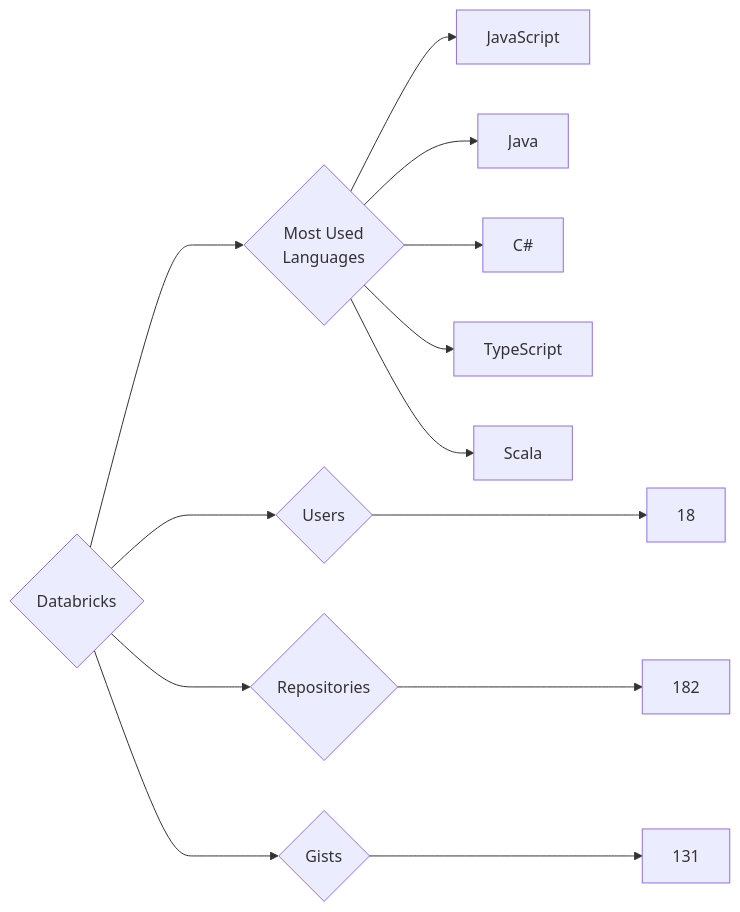
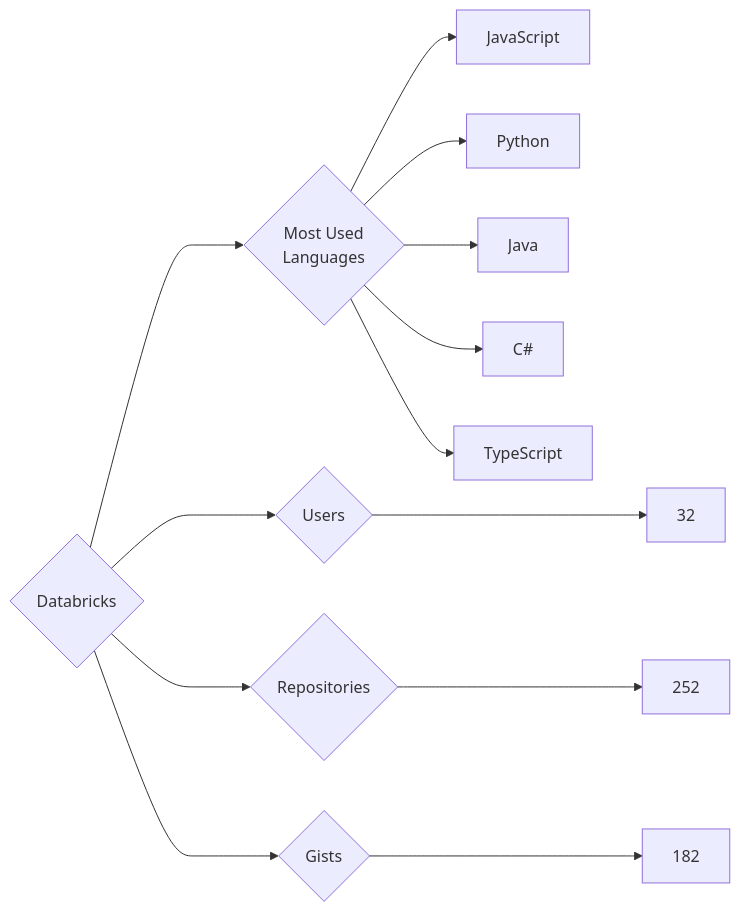
Before and after one commit to trickest/insiders: the diagram in targets/Databricks/README.md, drawn with Mermaid. The commit also changed 714 other files, not shown here.

````diff
--- a/targets/Databricks/README.md
+++ b/targets/Databricks/README.md
@@ -3,13 +3,13 @@
 ```mermaid
 graph LR
 COMPANY_NAME{Databricks}
-COMPANY_NAME ---> U{Users} ---> UN[18]
-COMPANY_NAME ---> R{Repositories} ---> RN[182]
-COMPANY_NAME ---> G{Gists} ---> GN[131]
+COMPANY_NAME ---> U{Users} ---> UN[32]
+COMPANY_NAME ---> R{Repositories} ---> RN[252]
+COMPANY_NAME ---> G{Gists} ---> GN[182]
 COMPANY_NAME ---> ML{Most Used<br>Languages}
 ML --> JavaScript[JavaScript]
+ML --> Python[Python]
 ML --> Java[Java]
 ML --> C#[C#]
 ML --> TypeScript[TypeScript]
-ML --> Scala[Scala]
 ```
````
